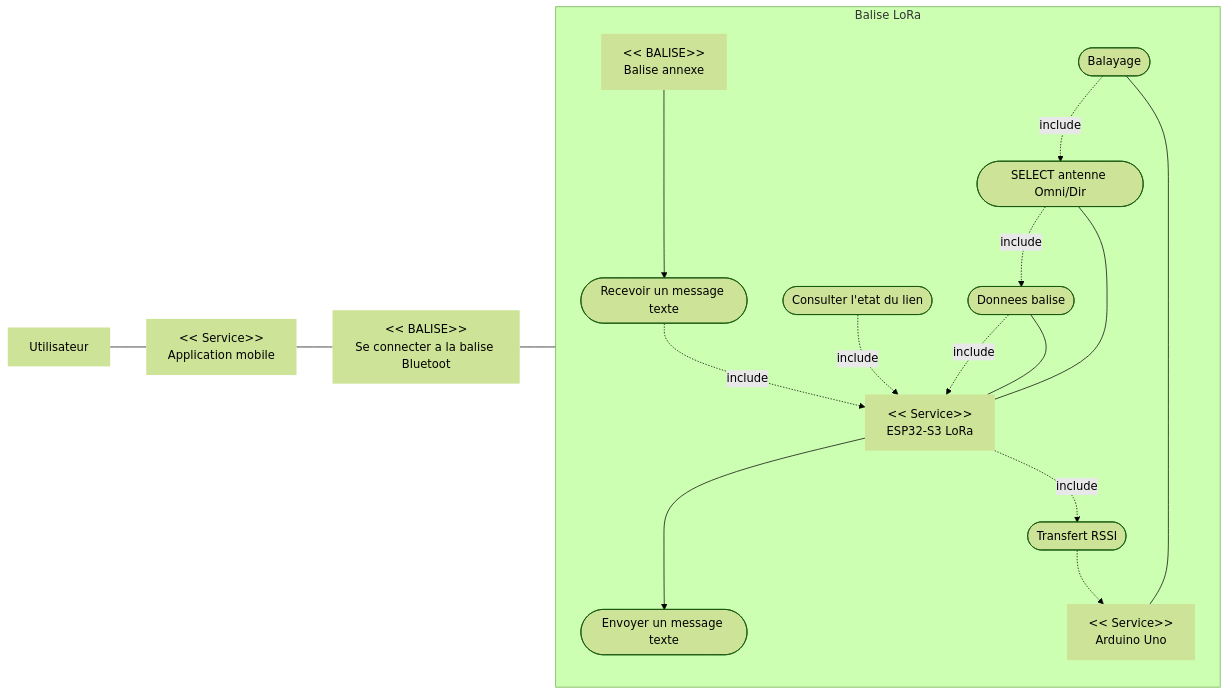
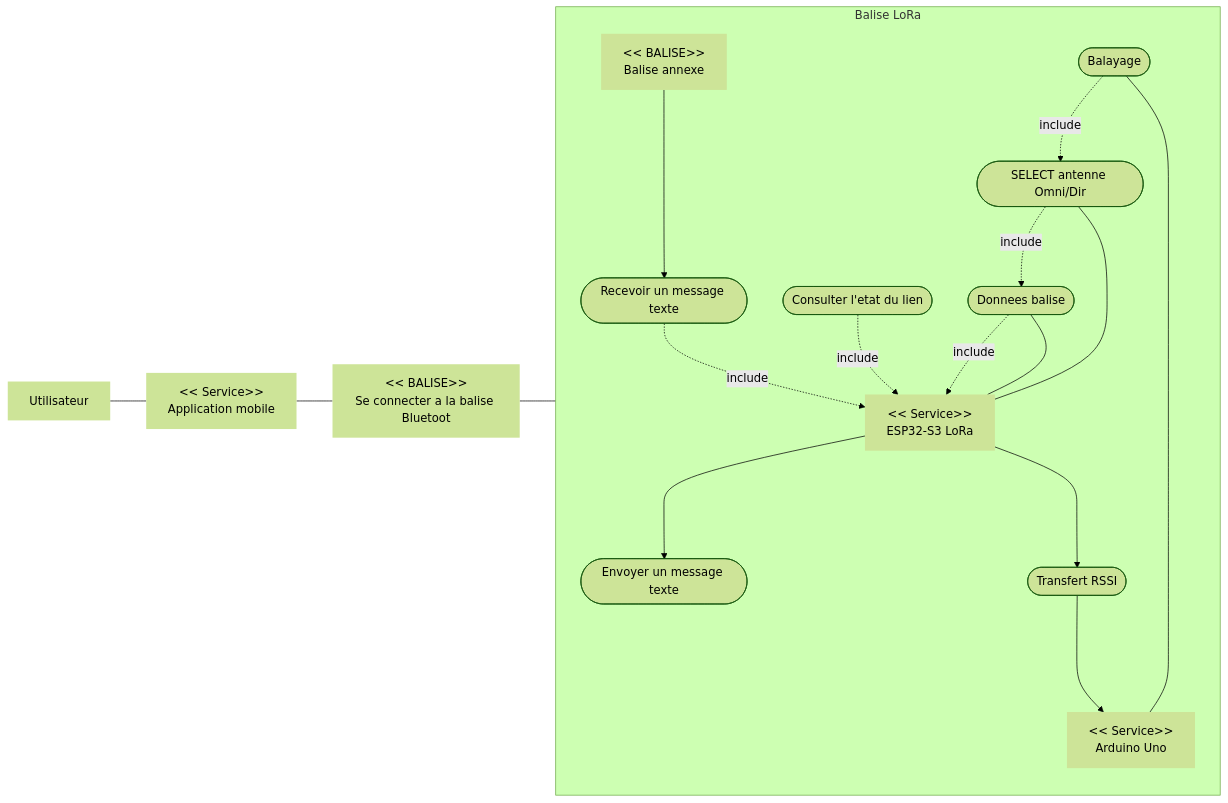
One commit to SHU445/Projet-LoRa-72h changed the first of 7 diagrams in Diagrammes_SysML_Projet_LoRa.md. Above: the diagram before and after it, drawn with Mermaid (forest theme).

Commit message:
"CorrectUseCase4.0"

````diff
--- a/Diagrammes_SysML_Projet_LoRa.md
+++ b/Diagrammes_SysML_Projet_LoRa.md
@@ -12,41 +12,41 @@
 ```mermaid
 flowchart LR
   rU["Utilisateur"]:::role
   rAPP["<< Service>>\nApplication mobile"]:::role
   rESP["<< Service>>\nESP32-S3 LoRa"]:::role
   rARD["<< Service>>\nArduino Uno"]:::role
   rCONN["<< BALISE>>\nSe connecter a la balise Bluetoot"]:::role
 
   rOTB["<< BALISE>>\nBalise annexe"]:::role
 
   subgraph S["Balise LoRa"]
     direction TB
     ucSend([Envoyer un message texte])
     ucReceive([Recevoir un message texte])
     ucStatus([Consulter l'etat du lien])
     ucData([Donnees balise])
     ucSelectAntenna([SELECT antenne Omni/Dir])
     ucScan([Balayage])
     ucRssi([Transfert RSSI])
 
     rESP ---> ucSend
     ucReceive -. include .-> rESP
     ucStatus -. include .-> rESP
     ucData -. include .-> rESP
     ucSelectAntenna -. include .-> ucData
     ucScan -. include .-> ucSelectAntenna
-    rESP -. include .-> ucRssi .-> rARD
+    rESP ---> ucRssi ---> rARD
     rOTB ---> ucReceive
   end
 
   rU --- rAPP
   rAPP --- rCONN
   rCONN --- rESP
 
   ucData --- rESP
   ucSelectAntenna --- rESP
 
   ucScan --- rARD
 
   classDef role stroke-width:0px;
 ```
````
